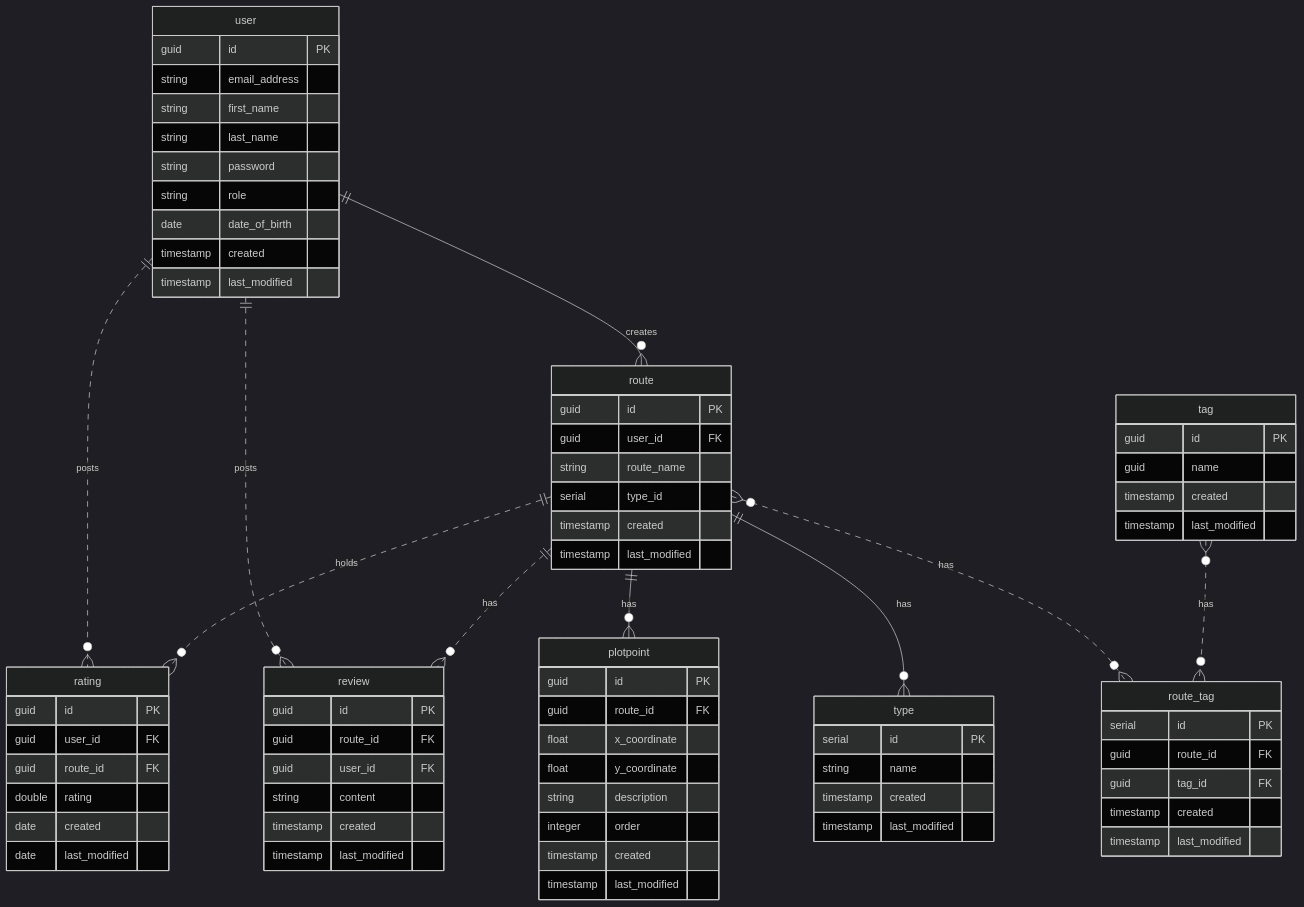
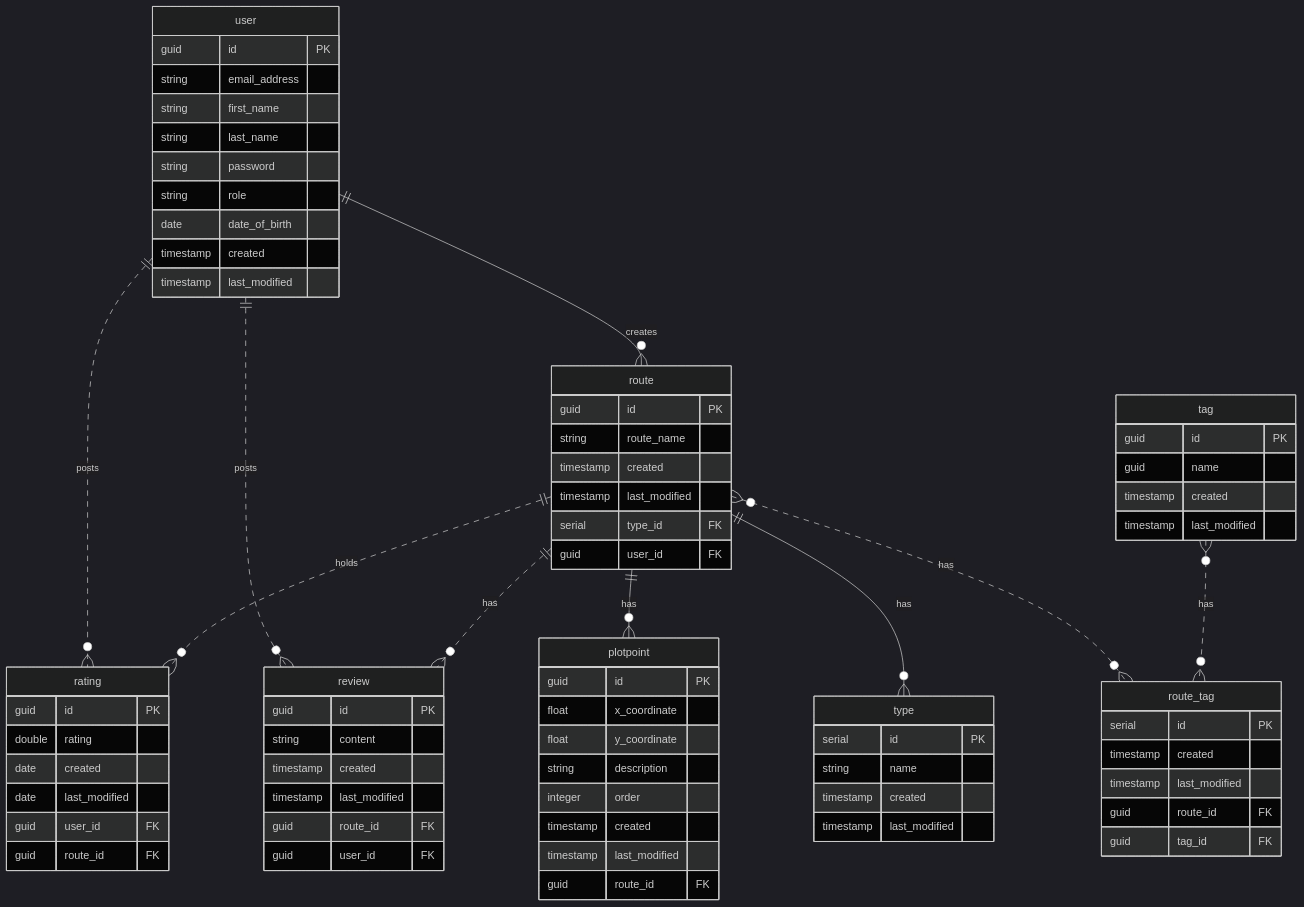
The second of 2 diagrams in README.md (MurrayLyne96/RouteFinder), drawn with Mermaid (dark theme) before and after one commit. The commit also changed other lines of this file, not shown here.

````diff
--- a/README.md
+++ b/README.md
@@ -113,40 +113,40 @@
 
     route {
         guid id PK
-        guid user_id FK
         string route_name
-        serial type_id
         timestamp created
         timestamp last_modified
+        serial type_id FK
+        guid user_id FK
     }
 
     review {
         guid id PK
-        guid route_id FK
-        guid user_id FK
         string content
         timestamp created
         timestamp last_modified
+        guid route_id FK
+        guid user_id FK
     }
 
     plotpoint {
         guid id PK
-        guid route_id FK
         float x_coordinate
         float y_coordinate
         string description
         integer order
         timestamp created
         timestamp last_modified
+        guid route_id FK
     }
 
     rating {
         guid id PK
-        guid user_id FK
-        guid route_id FK
         double rating
         date created
         date last_modified
+        guid user_id FK
+        guid route_id FK
     }
 
     tag { 
@@ -158,11 +158,10 @@
 
     route_tag {
         serial id PK
+        timestamp created
+        timestamp last_modified
         guid route_id FK
         guid tag_id FK
-        timestamp created
-        timestamp last_modified
     }
 
-
 ```
````
